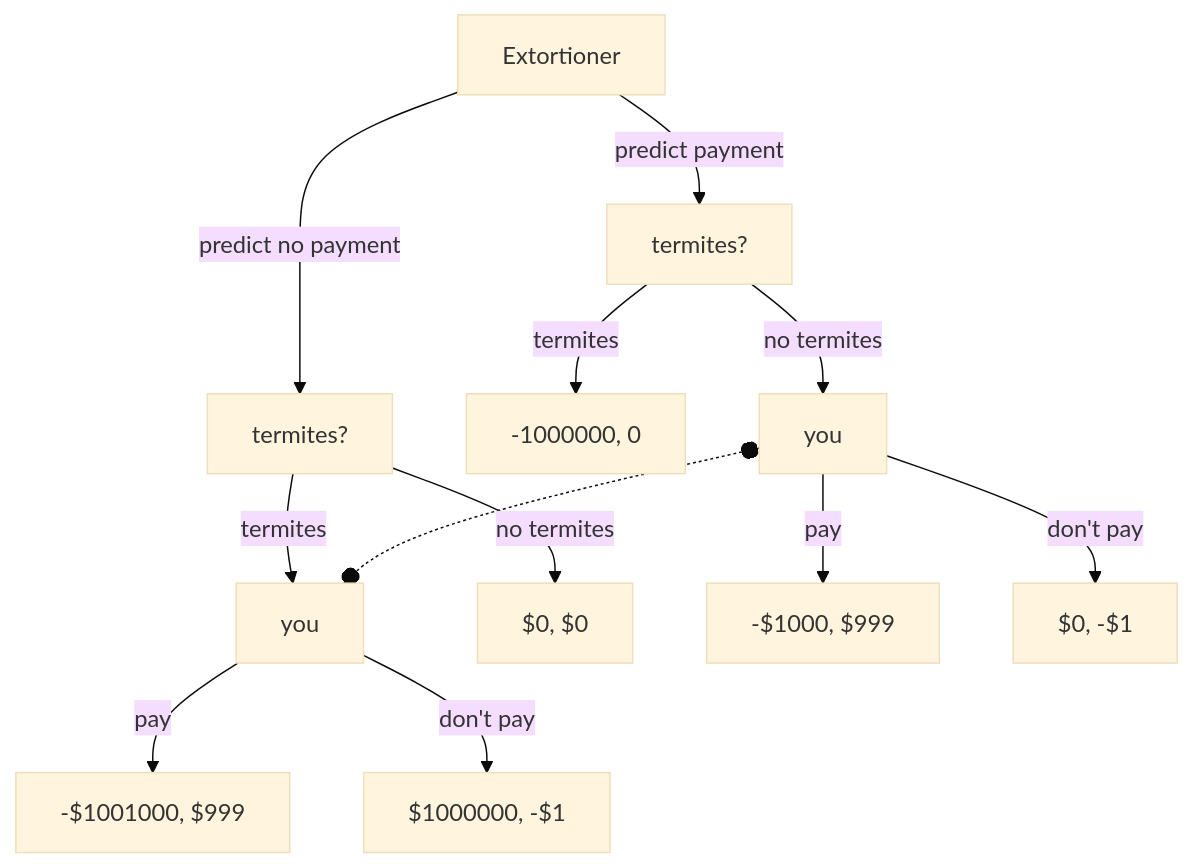
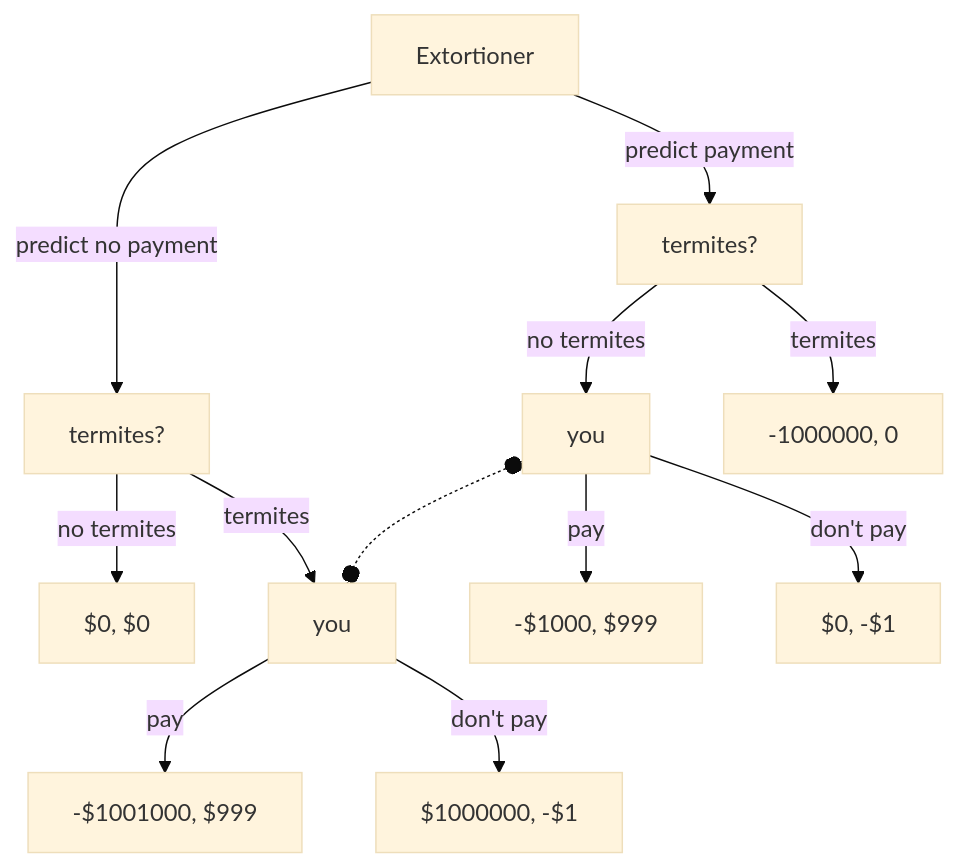
Before and after one commit to mogar/DecisionTheory: the diagram in docs/problems/termite_extortioner.md, drawn with Mermaid (base theme). The commit also changed other lines of this file and 3 other files, not shown here.

Commit message:
termite extortioner diagram fix

````diff
--- a/docs/problems/termite_extortioner.md
+++ b/docs/problems/termite_extortioner.md
@@ -37,29 +37,29 @@
 ```mermaid
 flowchart TB
     predictPay["termites?"]
     predictNoPay["termites?"]
+    noPayNoTermites["$0, $0"]
 	Extortioner -- "predict payment" --> predictPay
     Extortioner -- "predict no payment" --> predictNoPay
     
+    payNoTermites["you"]
     payTermites["-1000000, 0"]
-    payNoTermites["you"]
     predictPay -- "termites" --> payTermites
     predictPay -- "no termites" --> payNoTermites
 
     noPayTermites["you"]
-    noPayNoTermites["$0, $0"]
     predictNoPay -- "termites" --> noPayTermites
     predictNoPay -- "no termites" --> noPayNoTermites
 
     payNoTermites o-.-o noPayTermites
 
     letterNoTermitesPay["-$1000, $999"]
     letterNoTermitesNoPay["$0, -$1"]
     payNoTermites -- "pay" --> letterNoTermitesPay
     payNoTermites -- "don't pay" --> letterNoTermitesNoPay
 
     letterTermitesPay["-$1001000, $999"]
     letterTermitesNoPay["$1000000, -$1"]
     noPayTermites -- "pay" --> letterTermitesPay
     noPayTermites -- "don't pay" --> letterTermitesNoPay
 ```
````
